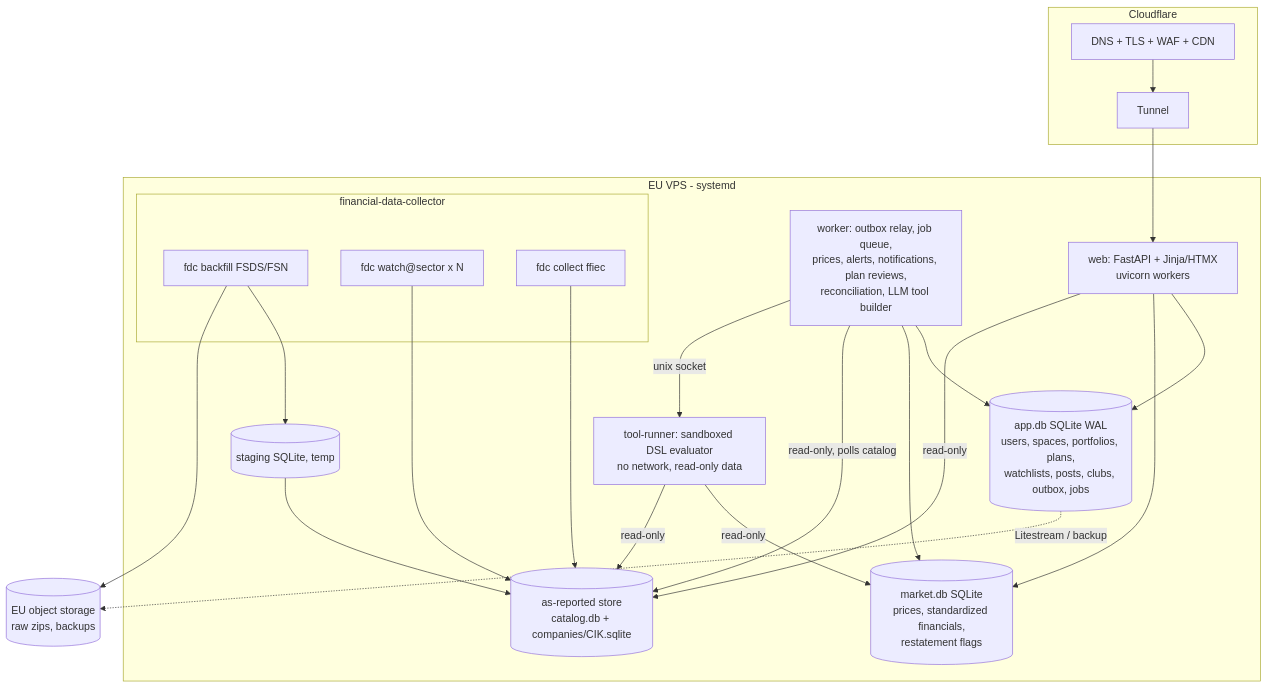
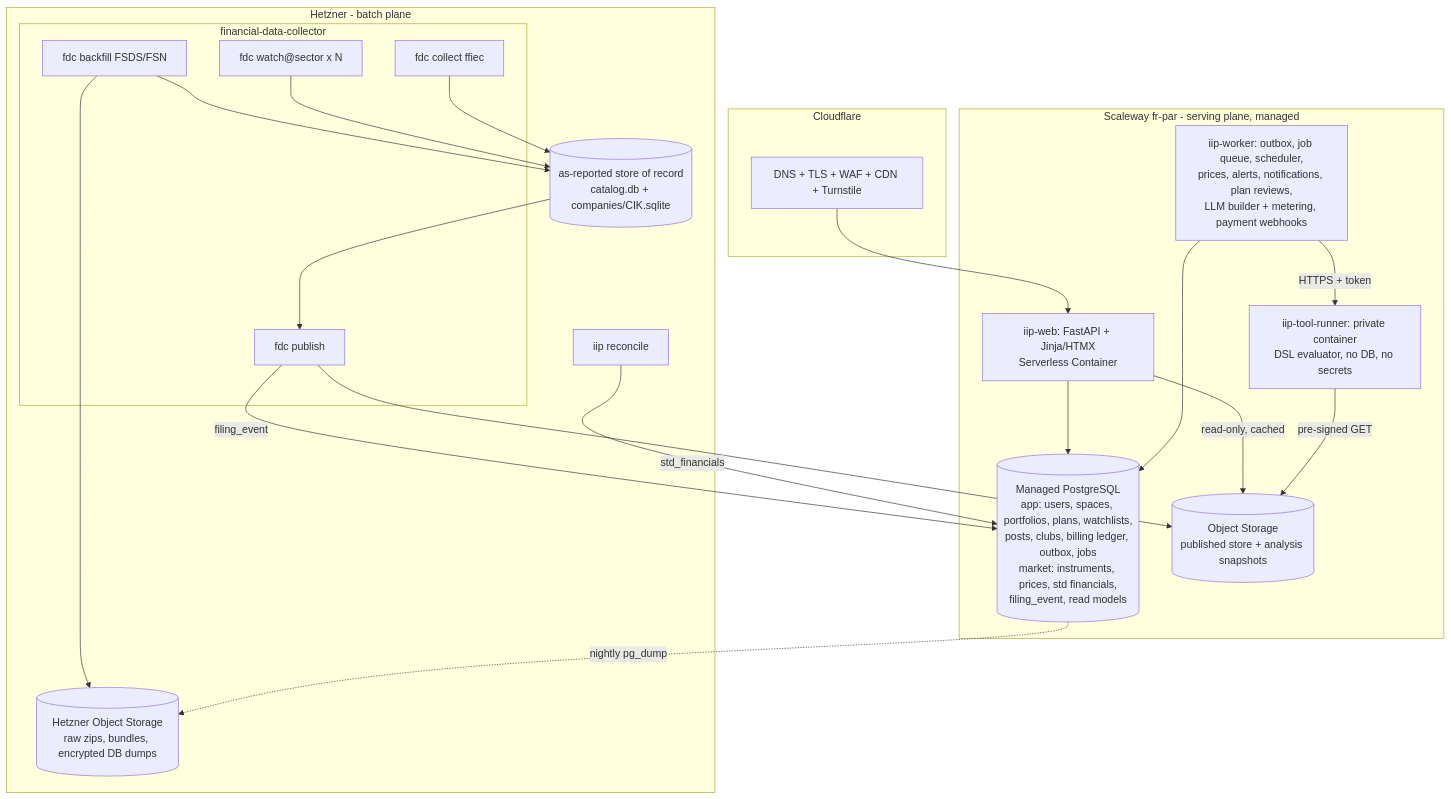
One commit to dsastriques/intelligent_investor_social changed the second of 2 diagrams in docs/architecture/00-overview.md. Above: the diagram before and after it, drawn with Mermaid. The commit also changed other lines of this file and 20 other files, not shown here.

First line of the commit message:
docs(architecture): system design v0.2 - managed hosting, billing, price vendor

````diff
--- a/docs/architecture/00-overview.md
+++ b/docs/architecture/00-overview.md
@@ -88,37 +103,38 @@
 ```mermaid
 flowchart TB
   subgraph CF[Cloudflare]
-    dns[DNS + TLS + WAF + CDN]
-    tunnel[Tunnel]
+    dns[DNS + TLS + WAF + CDN + Turnstile]
   end
-  subgraph VPS[EU VPS - systemd]
-    web[web: FastAPI + Jinja/HTMX<br/>uvicorn workers]
-    worker[worker: outbox relay, job queue,<br/>prices, alerts, notifications, plan reviews,<br/>reconciliation, LLM tool builder]
-    runner[tool-runner: sandboxed DSL evaluator<br/>no network, read-only data]
+  subgraph SCW[Scaleway fr-par - serving plane, managed]
+    web[iip-web: FastAPI + Jinja/HTMX<br/>Serverless Container]
+    worker[iip-worker: outbox, job queue, scheduler,<br/>prices, alerts, notifications, plan reviews,<br/>LLM builder + metering, payment webhooks]
+    runner[iip-tool-runner: private container<br/>DSL evaluator, no DB, no secrets]
+    pg[(Managed PostgreSQL<br/>app: users, spaces, portfolios, plans, watchlists,<br/>posts, clubs, billing ledger, outbox, jobs<br/>market: instruments, prices, std financials,<br/>filing_event, read models)]
+    os1[(Object Storage<br/>published store + analysis snapshots)]
+  end
+  subgraph HZ[Hetzner - batch plane]
     subgraph FDC[financial-data-collector]
       backfill[fdc backfill FSDS/FSN]
       watch[fdc watch@sector x N]
       ffiecc[fdc collect ffiec]
+      publish[fdc publish]
     end
-    appdb[(app.db SQLite WAL<br/>users, spaces, portfolios, plans,<br/>watchlists, posts, clubs, outbox, jobs)]
-    mkt[(market.db SQLite<br/>prices, standardized financials,<br/>restatement flags)]
-    store[(as-reported store<br/>catalog.db + companies/CIK.sqlite)]
-    stage[(staging SQLite, temp)]
+    rec[iip reconcile]
+    store[(as-reported store of record<br/>catalog.db + companies/CIK.sqlite)]
+    os2[(Hetzner Object Storage<br/>raw zips, bundles, encrypted DB dumps)]
   end
-  obj[(EU object storage<br/>raw zips, backups)]
-  dns --> tunnel --> web
-  web --> appdb
-  web --> mkt
-  web -->|read-only| store
-  worker --> appdb
-  worker --> mkt
-  worker -->|read-only, polls catalog| store
-  worker -->|unix socket| runner
-  runner -->|read-only| mkt
-  runner -->|read-only| store
-  backfill --> stage --> store
+  dns --> web
+  web --> pg
+  web -->|read-only, cached| os1
+  worker --> pg
+  worker -->|HTTPS + token| runner
+  runner -->|pre-signed GET| os1
+  backfill --> store
   watch --> store
   ffiecc --> store
-  backfill --> obj
-  appdb -.->|Litestream / backup| obj
+  store --> publish --> os1
+  publish -->|filing_event| pg
+  rec -->|std_financials| pg
+  backfill --> os2
+  pg -.->|nightly pg_dump| os2
 ```
````
